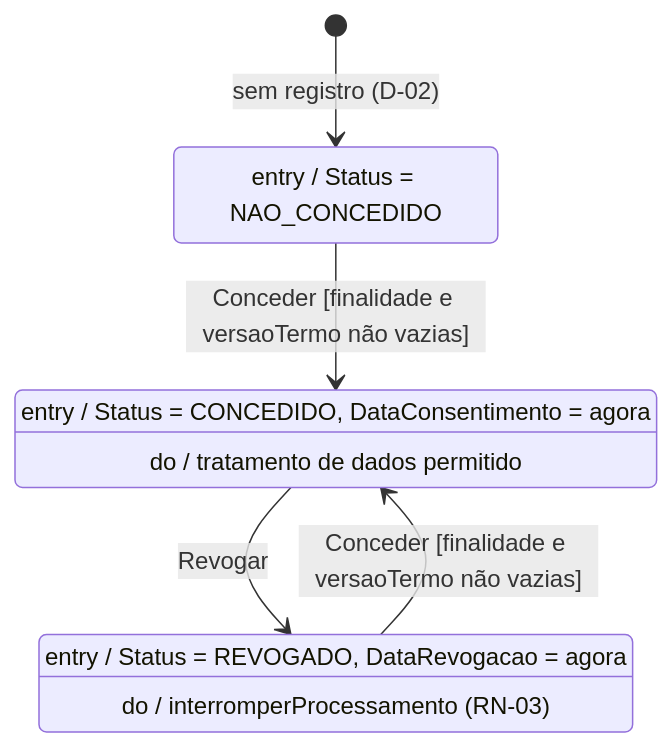
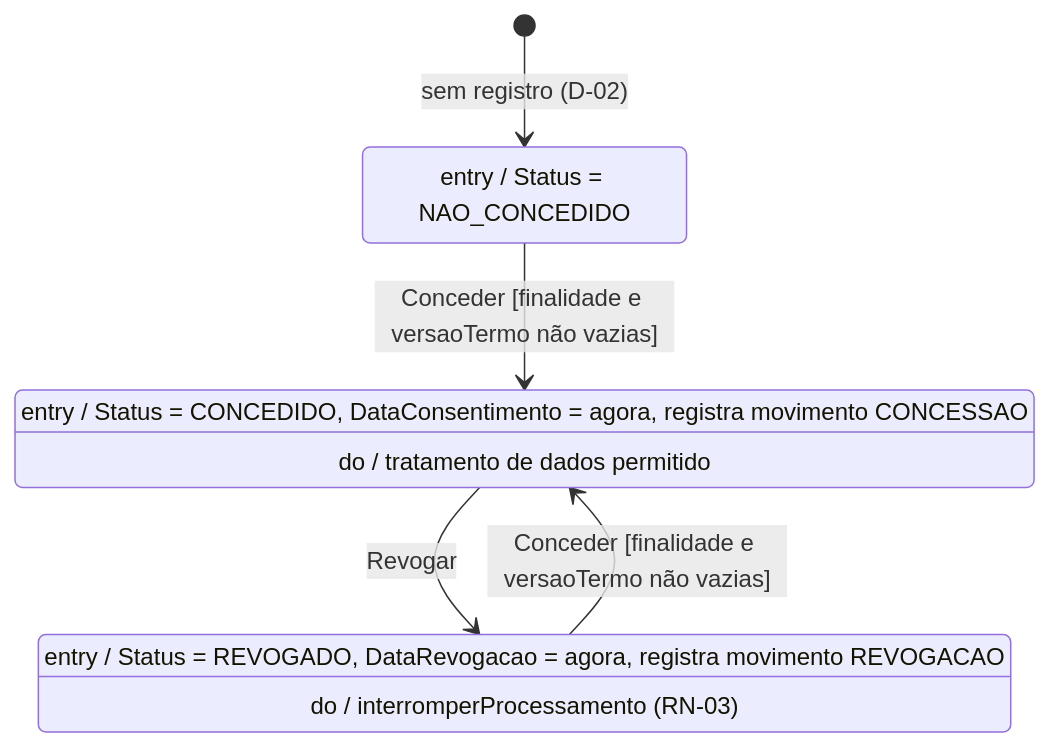
The diagram in docs/uml/UML5_estados_consentimento.md (sthefanyblima/perfila), drawn with Mermaid before and after one commit. The commit also changed other lines of this file and 15 other files, not shown here.

````diff
--- a/docs/uml/UML5_estados_consentimento.md
+++ b/docs/uml/UML5_estados_consentimento.md
@@ -10,13 +10,13 @@
 ```mermaid
 stateDiagram-v2
   [*] --> NAO_CONCEDIDO : sem registro (D-02)
   NAO_CONCEDIDO --> CONCEDIDO : Conceder [finalidade e versaoTermo não vazias]
   CONCEDIDO --> REVOGADO : Revogar
   REVOGADO --> CONCEDIDO : Conceder [finalidade e versaoTermo não vazias]
 
   NAO_CONCEDIDO : entry / Status = NAO_CONCEDIDO
-  CONCEDIDO : entry / Status = CONCEDIDO, DataConsentimento = agora
+  CONCEDIDO : entry / Status = CONCEDIDO, DataConsentimento = agora, registra movimento CONCESSAO
   CONCEDIDO : do / tratamento de dados permitido
-  REVOGADO : entry / Status = REVOGADO, DataRevogacao = agora
+  REVOGADO : entry / Status = REVOGADO, DataRevogacao = agora, registra movimento REVOGACAO
   REVOGADO : do / interromperProcessamento (RN-03)
 ```
````
